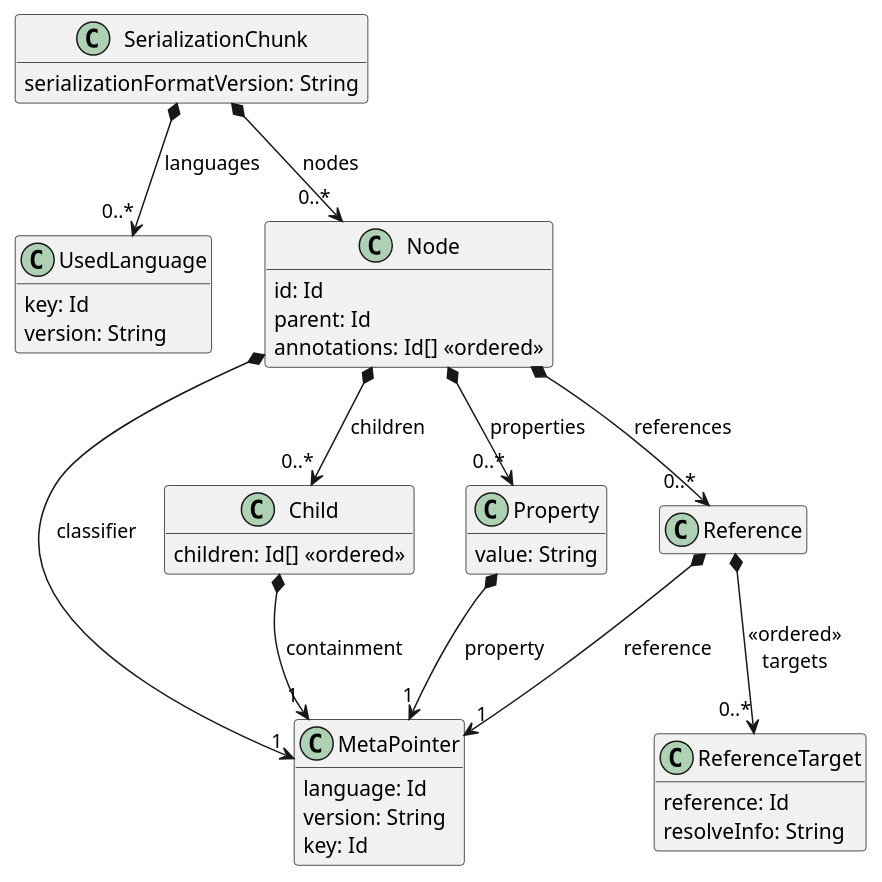
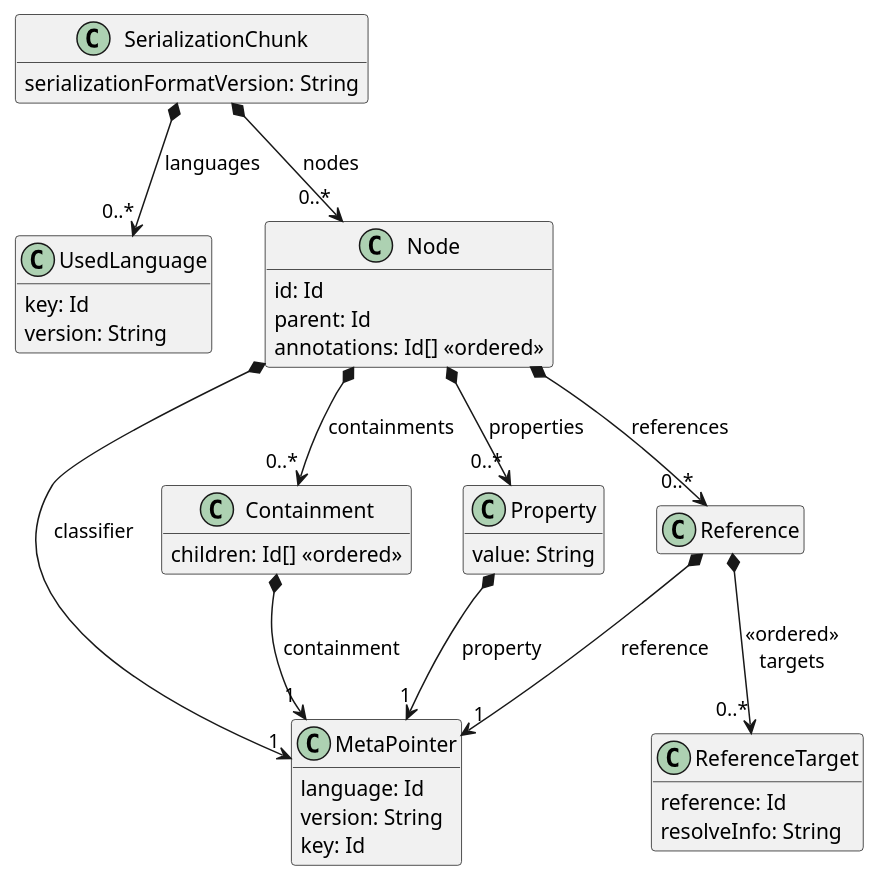
Before and after one commit to LionWeb-io/specification: the diagram in serialization/serialization.puml, drawn with PlantUML. The commit also changed 10 other files, not shown here.

Commit message:
renamed nodes.children.children -> nodes.containments.children (#206)

```diff
--- a/serialization/serialization.puml
+++ b/serialization/serialization.puml
@@ -1,55 +1,55 @@
 @startuml
 'title Serialization Format
 
 hide empty members
 
 class SerializationChunk {
     serializationFormatVersion: String
 }
 
 SerializationChunk *--> "0..*" UsedLanguage: languages
 
 class UsedLanguage {
     key: Id
     version: String
 }
 
 SerializationChunk *--> "0..*" Node: nodes
 
 class Node {
     id: Id
     parent: Id
     annotations: Id[] <<ordered>>
 }
 
 Node *--> "1" MetaPointer: classifier
 
 class MetaPointer {
     language: Id
     version: String
     key: Id
 }
 
-Node *--> "0..*" Child: children
-class Child {
+Node *--> "0..*" Containment: containments
+class Containment {
   children: Id[] <<ordered>>
 }
-Child *--> "1" MetaPointer: containment
+Containment *--> "1" MetaPointer: containment
 
 Node *--> "0..*" Property: properties
 class Property {
     value: String
 }
 Property *--> "1" MetaPointer: property
 
 
 Node *--> "0..*" Reference: references
 class Reference
 Reference *--> "1" MetaPointer: reference
 Reference *--> "0..*" ReferenceTarget: <<ordered>>\ntargets
 class ReferenceTarget {
     reference: Id
     resolveInfo: String
 }
 
 @enduml
```
